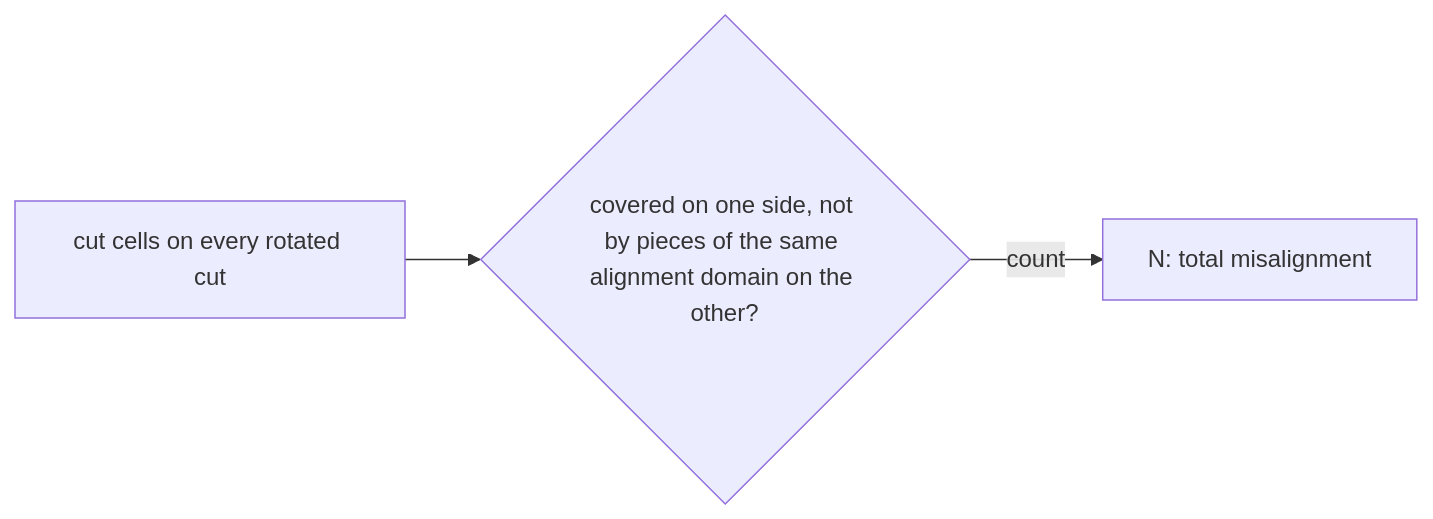
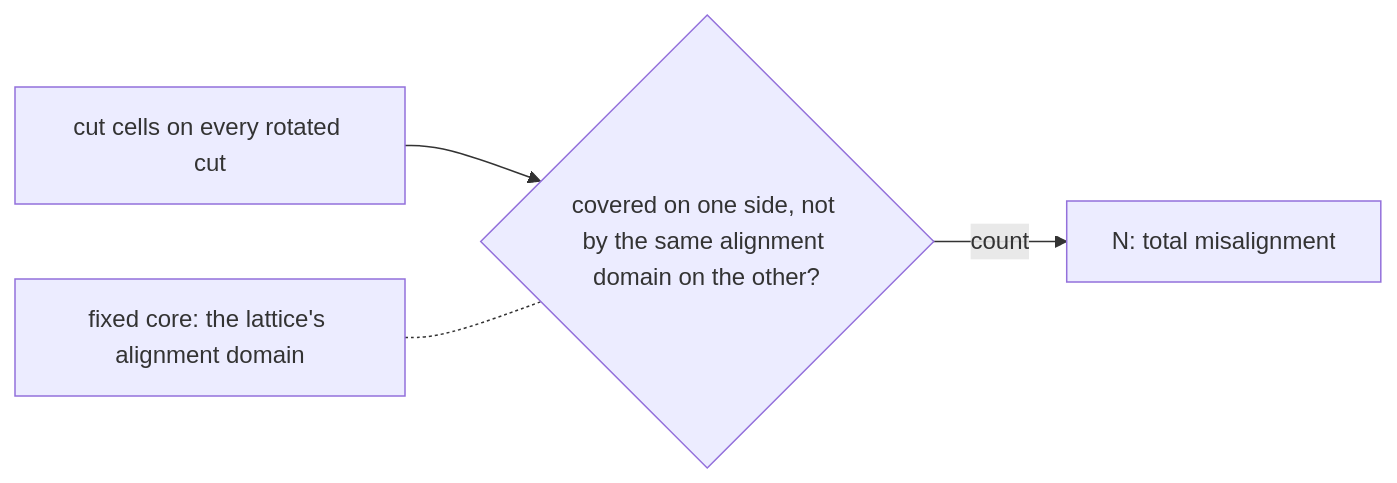
Before and after one commit to KonomiYuzu01/Magic-600-Cell: the diagram in docs/progress/1.0/glossary/diagrams/n-total.mmd, drawn with Mermaid. The commit also changed 78 other files, not shown here.

```diff
--- a/docs/progress/1.0/glossary/diagrams/n-total.mmd
+++ b/docs/progress/1.0/glossary/diagrams/n-total.mmd
@@ -1,3 +1,4 @@
 flowchart LR
-  CC[cut cells on every rotated cut] --> Q{"covered on one side, not by pieces of the same alignment domain on the other?"}
+  CC[cut cells on every rotated cut] --> Q{"covered on one side, not by the same alignment domain on the other?"}
+  K["fixed core: the lattice's alignment domain"] -.- Q
   Q -->|count| N[N: total misalignment]
```
